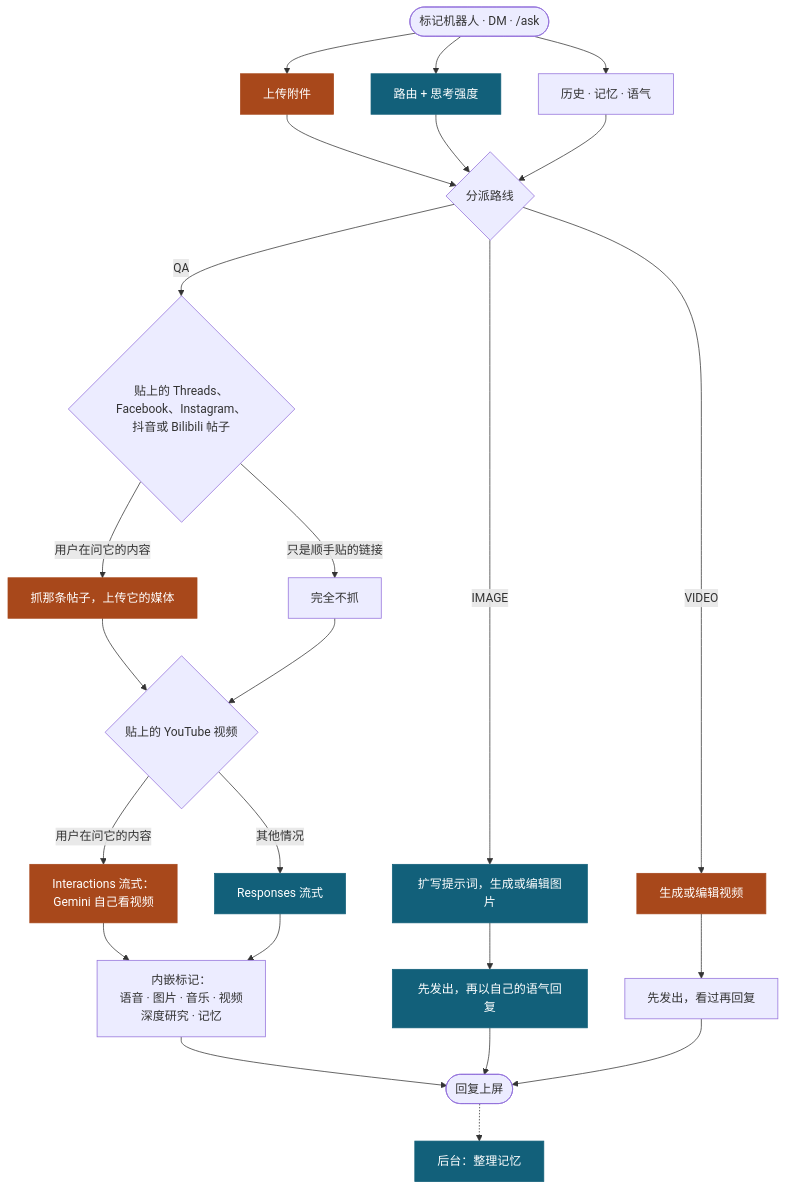
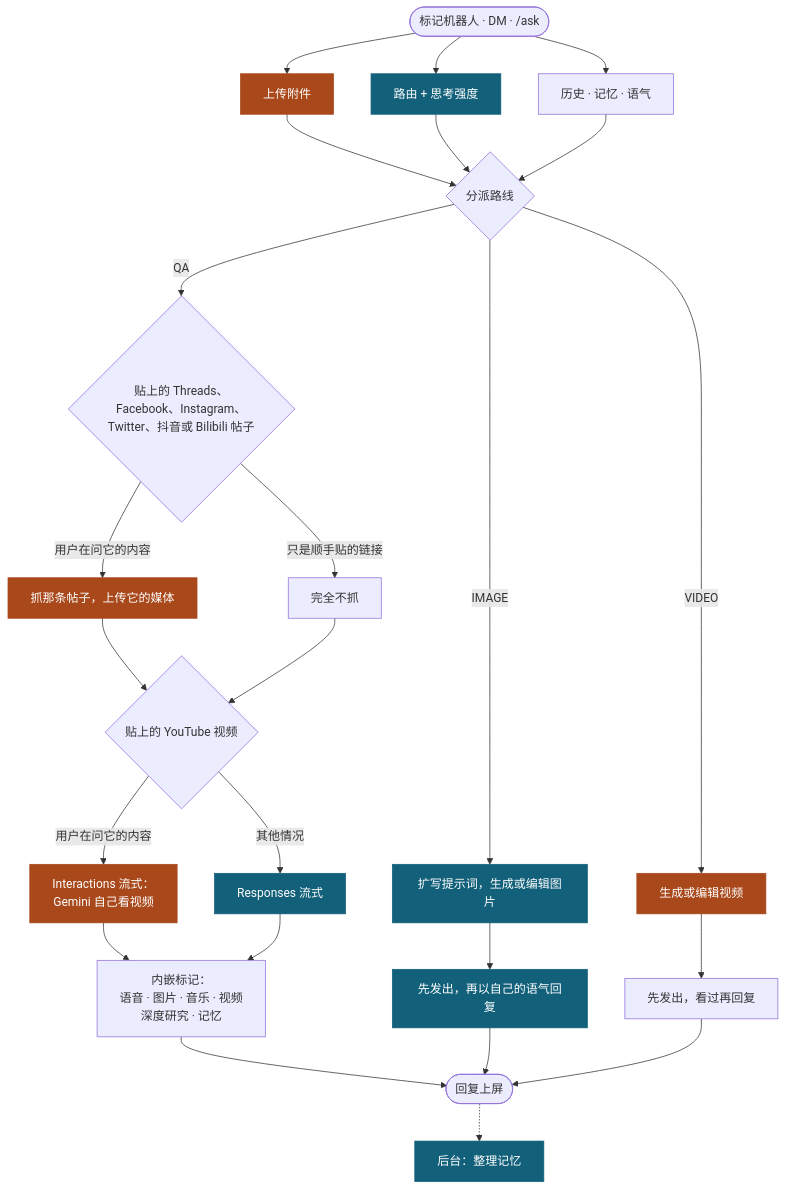
Before and after one commit to Mai0313/discordbot: the diagram in README.zh-CN.md, drawn with Mermaid. The commit also changed other lines of this file and 37 other files, not shown here.

````diff
--- a/README.zh-CN.md
+++ b/README.zh-CN.md
@@ -43,33 +43,33 @@
 ```mermaid
 flowchart TD
     U(["标记机器人 · DM · /ask"]) --> UP & RT & CX
 
     UP["上传附件"]
     RT["路由 + 思考强度"]
     CX["历史 · 记忆 · 语气"]
 
     UP & RT & CX --> R{"分派路线"}
 
-    R -->|QA| L{"贴上的 Threads、Facebook、Instagram、<br/>抖音或 Bilibili 帖子"}
+    R -->|QA| L{"贴上的 Threads、Facebook、Instagram、<br/>Twitter、抖音或 Bilibili 帖子"}
     L -->|"用户在问它的内容"| LF["抓那条帖子，上传它的媒体"]
     L -->|"只是顺手贴的链接"| LS["完全不抓"]
     LF & LS --> Y{"贴上的 YouTube 视频"}
     Y -->|"用户在问它的内容"| YT["Interactions 流式：<br/>Gemini 自己看视频"]
     Y -->|"其他情况"| QS["Responses 流式"]
     YT & QS --> Q2["内嵌标记：<br/>语音 · 图片 · 音乐 · 视频<br/>深度研究 · 记忆"]
 
     R -->|IMAGE| I1["扩写提示词，生成或编辑图片"]
     I1 --> I2["先发出，再以自己的语气回复"]
     R -->|VIDEO| V1["生成或编辑视频"]
     V1 --> V2["先发出，看过再回复"]
 
     Q2 --> OUT(["回复上屏"])
     I2 --> OUT
     V2 --> OUT
     OUT -.-> MM["后台：整理记忆"]
 
     classDef proxy fill:#12607a,stroke:#12607a,color:#ffffff
     classDef direct fill:#a8481b,stroke:#a8481b,color:#ffffff
     class RT,QS,I1,I2,MM proxy
     class UP,LF,YT,V1 direct
 ```
````
